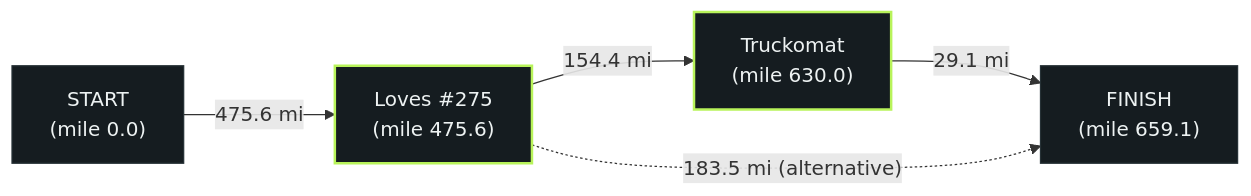
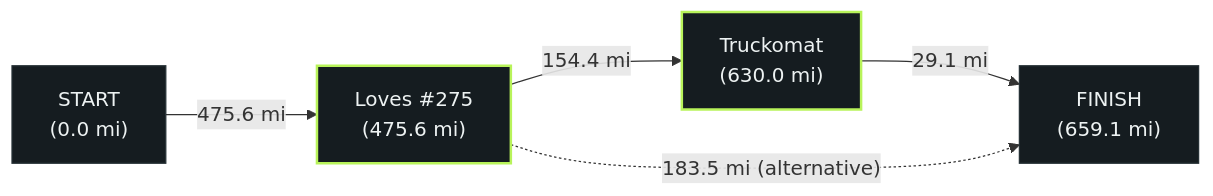
One commit to Viswesh934/Fuel-check changed the second of 3 diagrams in README.md. Above: the diagram before and after it, drawn with Mermaid. The commit also changed other lines of this file and 8 other files, not shown here.

````diff
--- a/README.md
+++ b/README.md
@@ -81,12 +200,12 @@
 ```mermaid
 graph LR
-    START["START<br/>(mile 0.0)"] -->|475.6 mi| S1["Loves #275<br/>(mile 475.6)"]
-    S1 -->|154.4 mi| S2["Truckomat<br/>(mile 630.0)"]
-    S2 -->|29.1 mi| FINISH["FINISH<br/>(mile 659.1)"]
+    START["START<br/>(0.0 mi)"] -->|475.6 mi| S1["Loves #275<br/>(475.6 mi)"]
+    S1 -->|154.4 mi| S2["Truckomat<br/>(630.0 mi)"]
+    S2 -->|29.1 mi| FINISH["FINISH<br/>(659.1 mi)"]
     S1 -.->|"183.5 mi (alternative)"| FINISH
 
     style START fill:#151c20,stroke:#263136,color:#edf2f2
     style S1 fill:#151c20,stroke:#b8f35a,stroke-width:2px,color:#edf2f2
     style S2 fill:#151c20,stroke:#b8f35a,stroke-width:2px,color:#edf2f2
     style FINISH fill:#151c20,stroke:#263136,color:#edf2f2
 ```
````
